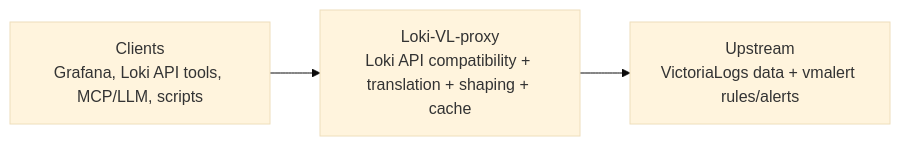
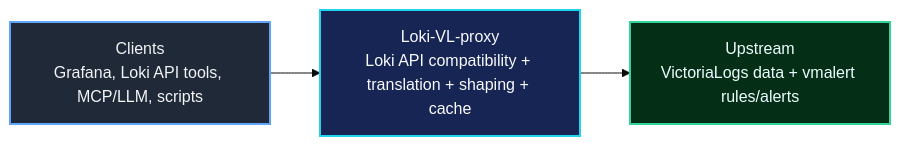
One commit to ReliablyObserve/loki-vl-proxy changed the first of 2 diagrams in README.md. Above: the diagram before and after it, drawn with Mermaid (base theme). The commit also changed other lines of this file, not shown here.

Commit message:
docs(readme): restore full badge set and dark-ready mermaid styling

````diff
--- a/README.md
+++ b/README.md
@@ -51,8 +57,15 @@
 ```mermaid
 flowchart LR
     A[Clients<br/>Grafana, Loki API tools, MCP/LLM, scripts]
     B[Loki-VL-proxy<br/>Loki API compatibility + translation + shaping + cache]
     C[Upstream<br/>VictoriaLogs data + vmalert rules/alerts]
 
     A --> B --> C
+
+    classDef client fill:#1f2937,stroke:#60a5fa,color:#f3f4f6,stroke-width:2px;
+    classDef proxy fill:#172554,stroke:#22d3ee,color:#f8fafc,stroke-width:2px;
+    classDef upstream fill:#052e16,stroke:#34d399,color:#ecfeff,stroke-width:2px;
+    class A client;
+    class B proxy;
+    class C upstream;
 ```
````
